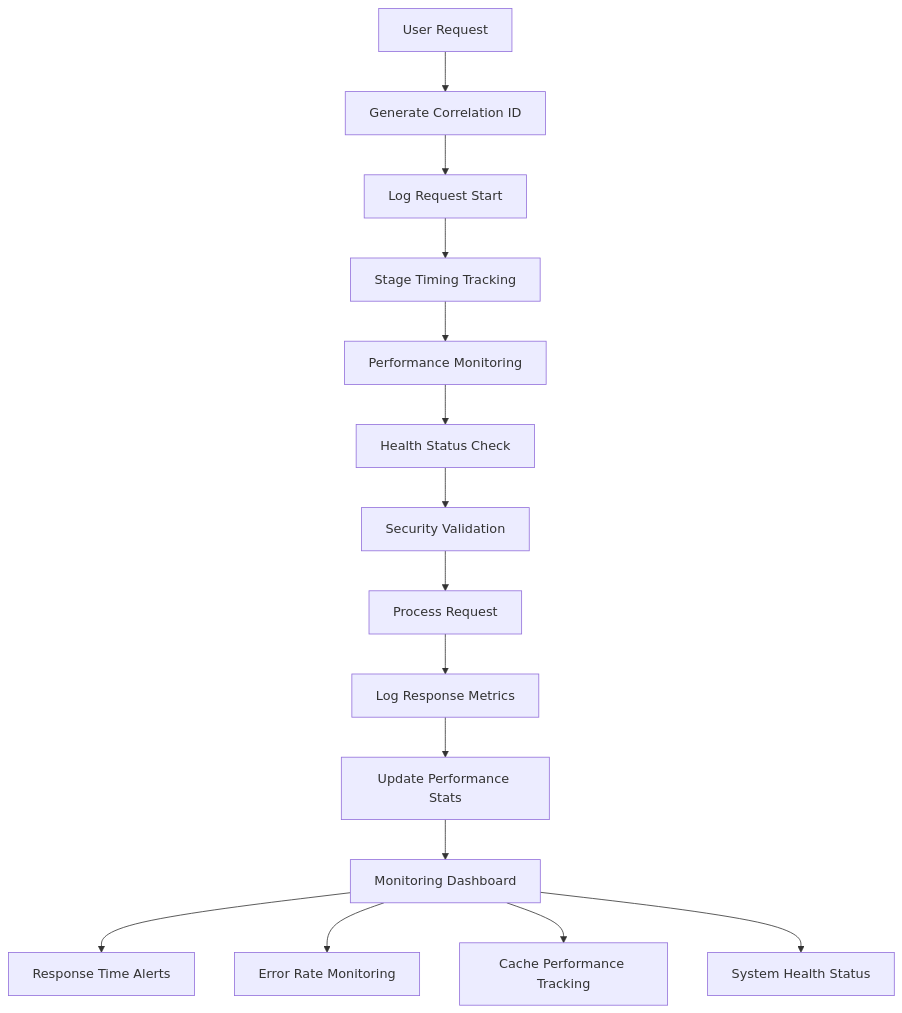
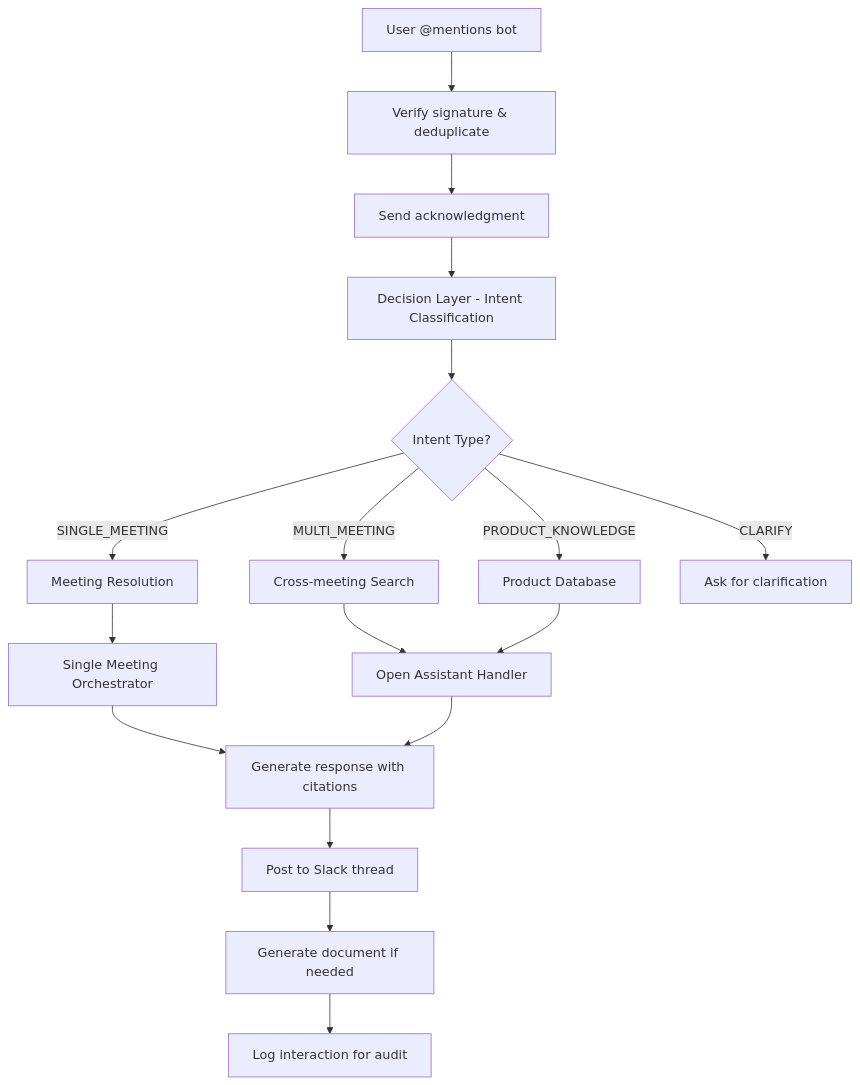
One commit to Ops-Team-Leverege/Mustard changed the second of 2 diagrams in docs/SYSTEM_CONCEPTUAL_MAP.md. Above: the diagram before and after it, drawn with Mermaid. The commit also changed other lines of this file and 2 other files, not shown here.

First line of the commit message:
Update documentation to reflect actual Decision Layer architecture

````diff
--- a/docs/SYSTEM_CONCEPTUAL_MAP.md
+++ b/docs/SYSTEM_CONCEPTUAL_MAP.md
@@ -193,19 +182,19 @@
 ```mermaid
 graph TD
-    A[User Request] --> B[Generate Correlation ID]
-    B --> C[Log Request Start]
-    C --> D[Stage Timing Tracking]
-    D --> E[Performance Monitoring]
-    E --> F[Health Status Check]
-    F --> G[Security Validation]
-    G --> H[Process Request]
-    H --> I[Log Response Metrics]
-    I --> J[Update Performance Stats]
-    
-    K[Monitoring Dashboard] --> L[Response Time Alerts]
-    K --> M[Error Rate Monitoring]
-    K --> N[Cache Performance Tracking]
-    K --> O[System Health Status]
-    
-    J --> K
+    A[User @mentions bot] --> B[Verify signature & deduplicate]
+    B --> C[Send acknowledgment]
+    C --> D[Decision Layer - Intent Classification]
+    D --> E{Intent Type?}
+    E -->|SINGLE_MEETING| F[Meeting Resolution]
+    E -->|MULTI_MEETING| G[Cross-meeting Search]
+    E -->|PRODUCT_KNOWLEDGE| H[Product Database]
+    E -->|CLARIFY| I[Ask for clarification]
+    F --> J[Single Meeting Orchestrator]
+    G --> K[Open Assistant Handler]
+    H --> K
+    J --> L[Generate response with citations]
+    K --> L
+    L --> M[Post to Slack thread]
+    M --> N[Generate document if needed]
+    N --> O[Log interaction for audit]
 ```
````
